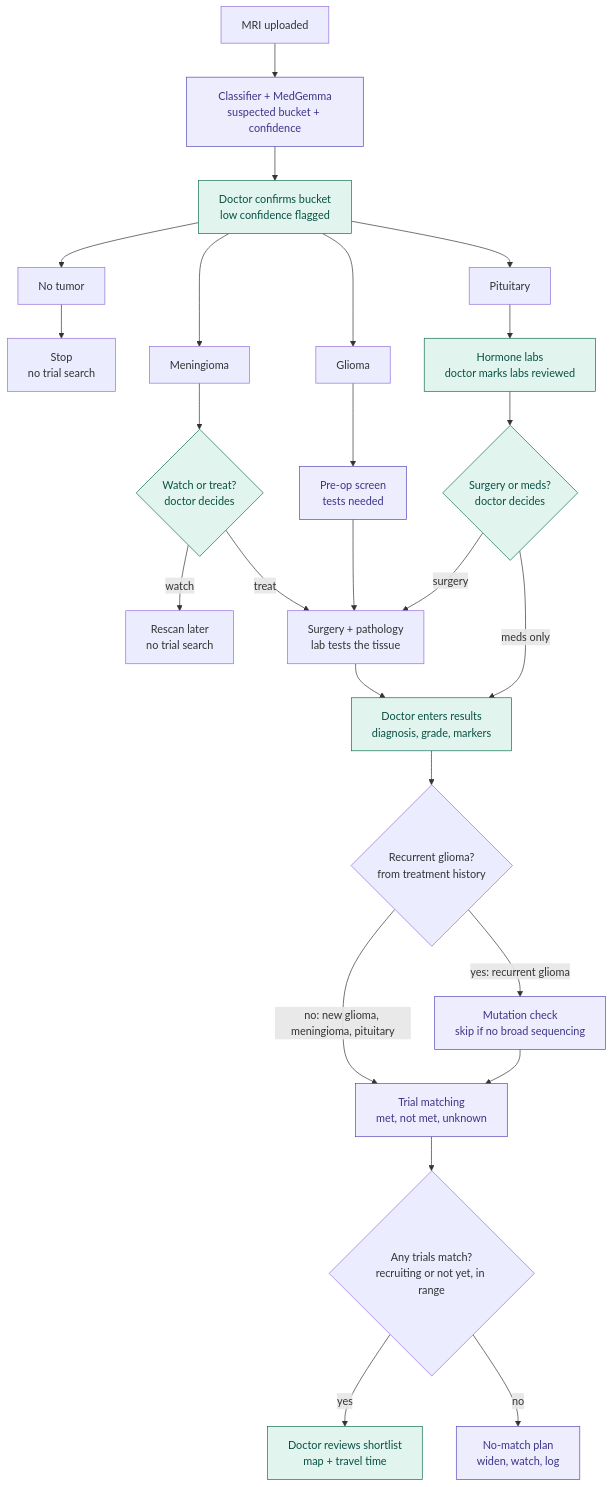
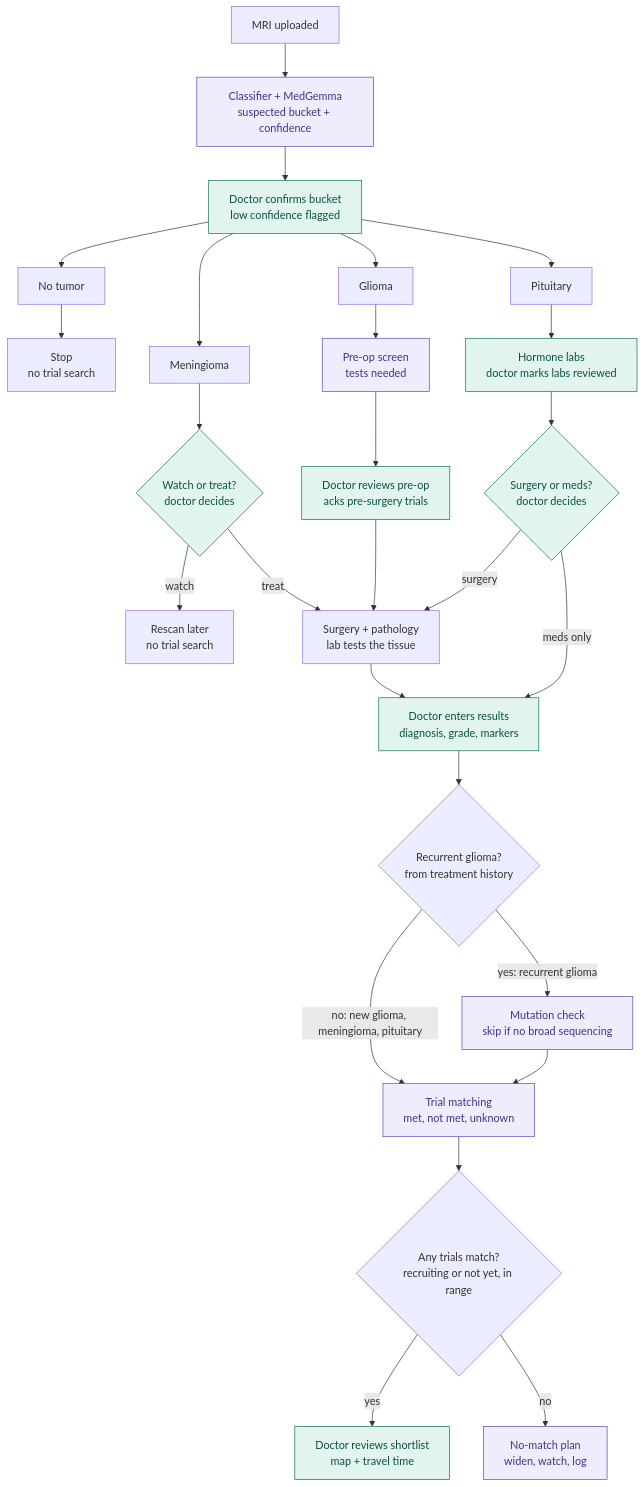
One commit to mohjique/cortexa changed the diagram in docs/decision-tree.md. Above: the diagram before and after it, drawn with Mermaid. The commit also changed other lines of this file and 28 other files, not shown here.

First line of the commit message:
Add preop_review doctor gate at the glioma pre-op screen (#21)

````diff
--- a/docs/decision-tree.md
+++ b/docs/decision-tree.md
@@ -9,31 +9,32 @@
 ```mermaid
 flowchart TD
     A[MRI uploaded] --> B["Classifier + MedGemma<br/>suspected bucket + confidence"]
     B --> C["Doctor confirms bucket<br/>low confidence flagged"]
 
     C --> NT[No tumor] --> STOP["Stop<br/>no trial search"]
     C --> MEN[Meningioma] --> WT{"Watch or treat?<br/>doctor decides"}
     WT -- watch --> RESCAN["Rescan later<br/>no trial search"]
     WT -- treat --> SP
     C --> GL[Glioma] --> PRE["Pre-op screen<br/>tests needed"]
-    PRE --> SP
+    PRE --> PR["Doctor reviews pre-op<br/>acks pre-surgery trials"]
+    PR --> SP
     C --> PIT[Pituitary] --> HL["Hormone labs<br/>doctor marks labs reviewed"]
     HL --> SM{"Surgery or meds?<br/>doctor decides"}
     SM -- surgery --> SP
     SM -- "meds only" --> DR
 
     SP["Surgery + pathology<br/>lab tests the tissue"] --> DR["Doctor enters results<br/>diagnosis, grade, markers"]
     DR --> REC{"Recurrent glioma?<br/>from treatment history"}
     REC -- "no: new glioma, meningioma, pituitary" --> TM
     REC -- "yes: recurrent glioma" --> MC["Mutation check<br/>skip if no broad sequencing"]
     MC --> TM
 
     TM["Trial matching<br/>met, not met, unknown"] --> ANY{"Any trials match?<br/>recruiting or not yet, in range"}
     ANY -- yes --> SL["Doctor reviews shortlist<br/>map + travel time"]
     ANY -- no --> NM["No-match plan<br/>widen, watch, log"]
 
     classDef ai fill:#EEEDFE,stroke:#534AB7,color:#3C3489
     classDef doc fill:#E1F5EE,stroke:#0F6E56,color:#085041
     class B,PRE,MC,TM,NM ai
-    class C,WT,HL,SM,DR,SL doc
+    class C,WT,PR,HL,SM,DR,SL doc
 ```
````
